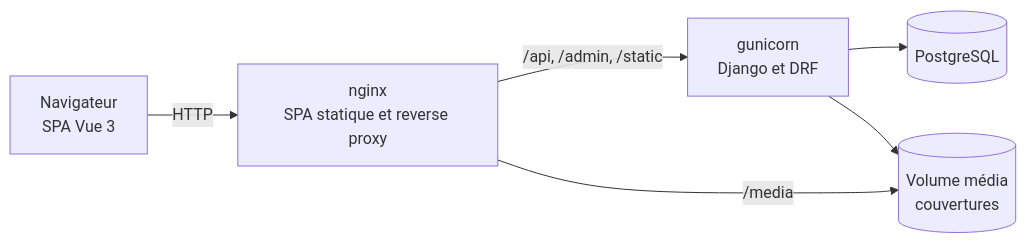
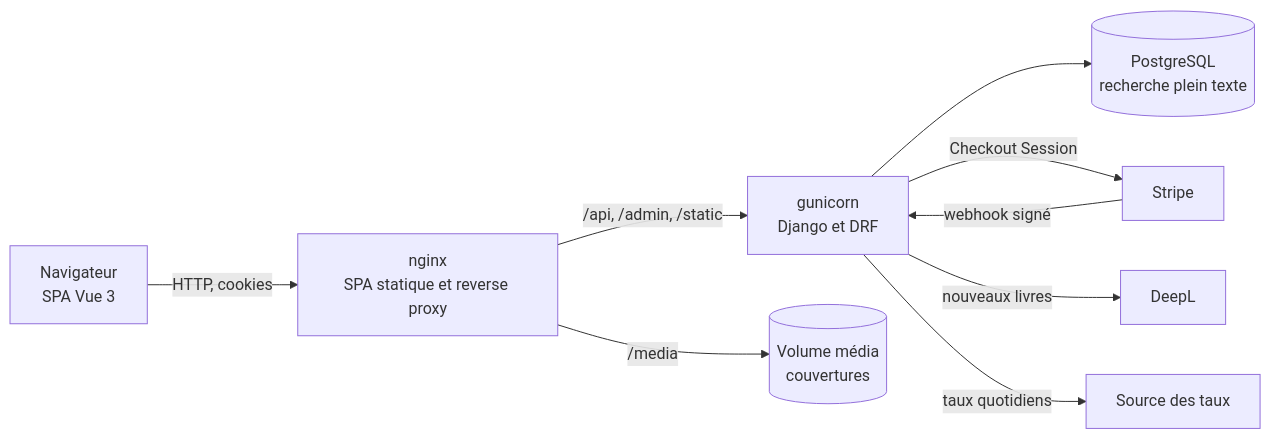
One commit to DogNellaf/verso-bookshop changed the diagram in README.fr.md. Above: the diagram before and after it, drawn with Mermaid. The commit also changed other lines of this file and 3 other files, not shown here.

````diff
--- a/README.fr.md
+++ b/README.fr.md
@@ -141,8 +170,11 @@
 ```mermaid
 flowchart LR
-    U[Navigateur<br/>SPA Vue 3] -->|HTTP| N[nginx<br/>SPA statique et reverse proxy]
+    U[Navigateur<br/>SPA Vue 3] -->|HTTP, cookies| N[nginx<br/>SPA statique et reverse proxy]
     N -->|/api, /admin, /static| G[gunicorn<br/>Django et DRF]
     N -->|/media| M[(Volume média<br/>couvertures)]
-    G --> P[(PostgreSQL)]
-    G --> M
+    G --> P[(PostgreSQL<br/>recherche plein texte)]
+    G -->|Checkout Session| S[Stripe]
+    S -->|webhook signé| G
+    G -->|nouveaux livres| D[DeepL]
+    G -->|taux quotidiens| R[Source des taux]
 ```
````
